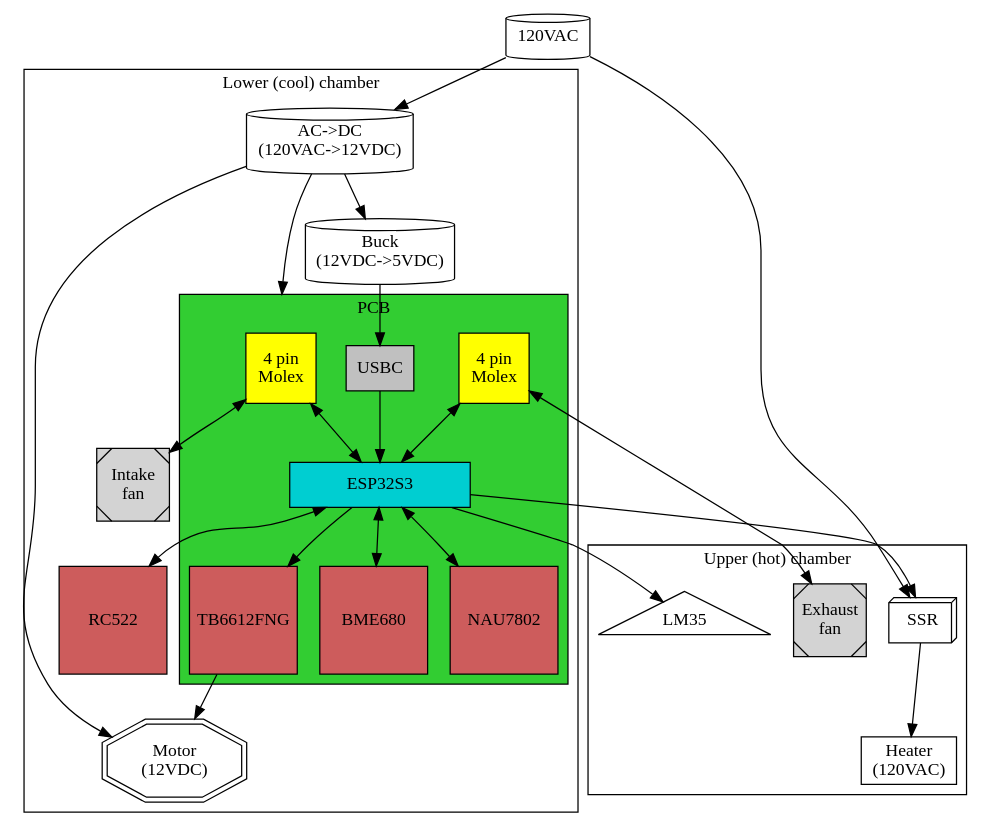
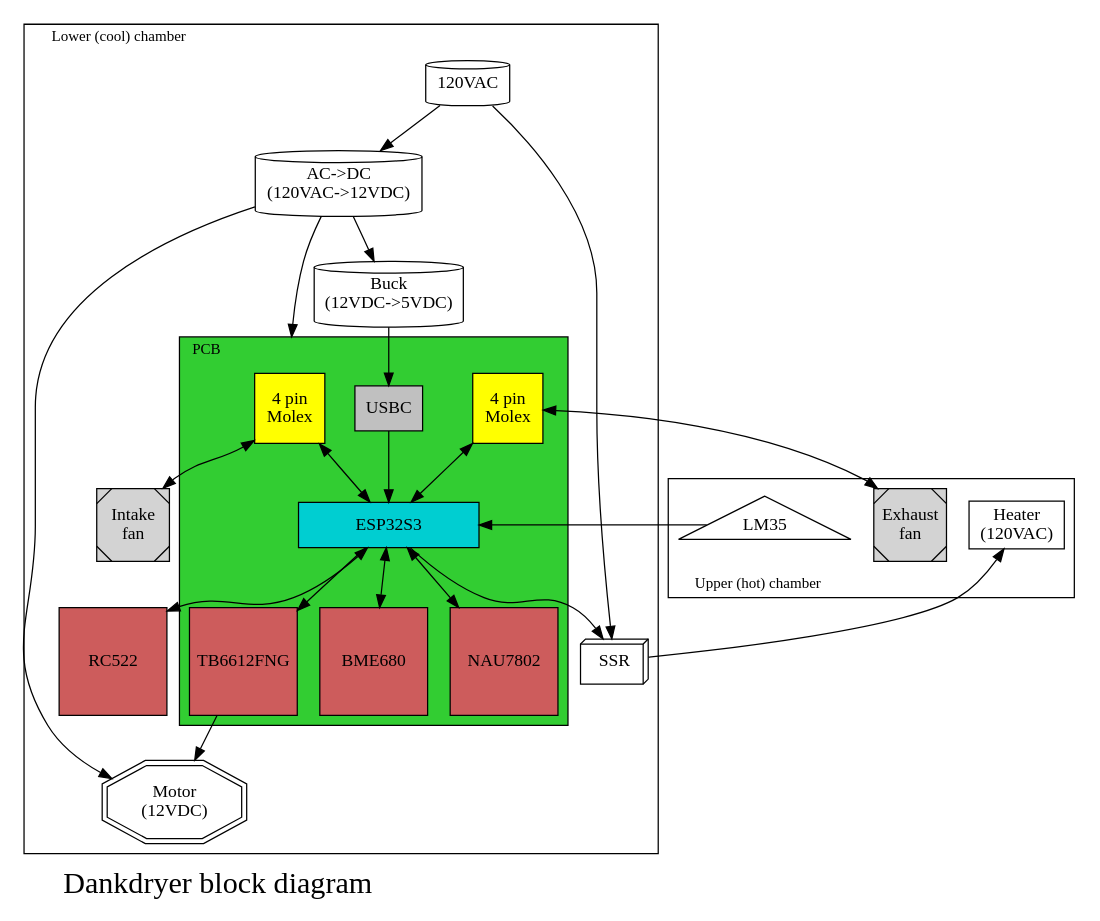
The diagram in blockdiagram.dot (dankamongmen/dankdryer), drawn with Graphviz before and after one commit.

Commit message:
beautify block diagram

```diff
--- a/blockdiagram.dot
+++ b/blockdiagram.dot
@@ -1,59 +1,66 @@
 digraph blockdiagram {
   compound=true; // for links between subgraphs
   node [ fontname="Gentium Book Plus" ]
+  label="Dankdryer block diagram"
+  fontsize=24
+  labeljust = l
 
   subgraph clusterLower {
+    fontsize=12
 
     subgraph clusterPCB {
       label = "PCB"
+      labelloc = t
       style = filled
       fillcolor = limegreen
       ESP32S3 [ shape=rectangle width=2 fixedsize=true fillcolor=darkturquoise style=filled ]
       Molex1  [ shape=square fillcolor=yellow style=filled label="4 pin\nMolex" ]
       Molex2  [ shape=square fillcolor=yellow style=filled label="4 pin\nMolex" ]
       TB6612FNG [ shape=square width=1.2 fillcolor=indianred style=filled fixedsize=true ]
       BME680 [ shape=square width=1.2 fillcolor=indianred style=filled fixedsize=true ]
       NAU7802 [ shape=square width=1.2 fillcolor=indianred style=filled fixedsize=true ]
       USBC [ shape=rectangle fillcolor=silver style=filled ]
       Molex1 -> ESP32S3 [ dir=both ]
       Molex2 -> ESP32S3 [ dir=both ]
       USBC -> ESP32S3
       ESP32S3 -> TB6612FNG
       ESP32S3 -> BME680 [ dir=both ]
       ESP32S3 -> NAU7802 [ dir=both ]
     }
 
     Motor [ shape=doubleoctagon label="Motor\n(12VDC)" ]
     Fan1 [ shape=Msquare width=0.8 label="Intake\nfan" bgcolor=black style=filled fixedsize=true ]
     TB6612FNG -> Motor
     label = "Lower (cool) chamber"
     RC522 [ shape=square fillcolor=indianred style=filled width=1.2 fixedsize=true ]
     ESP32S3 -> RC522 [ dir=both ]
     ACAdapter [ shape=cylinder label="AC->DC\n(120VAC->12VDC)" ]
     Buck [ shape=cylinder label="Buck\n(12VDC->5VDC)" ]
     ACAdapter -> Buck
     ACAdapter -> Motor
     ACAdapter -> Molex1 [ lhead=clusterPCB ]
+    AC [ shape=cylinder label="120VAC" ]
+    AC -> SSR
+    AC -> ACAdapter
     Buck -> USBC
+    SSR [ shape=box3d ]
+
   }
 
   subgraph clusterUpper {
+    fontsize=12
+    labelloc=b
 
     Heater [ shape=doublerectangle label="Heater\n(120VAC)" ]
-    SSR [ shape=box3d ]
     Fan2 [ shape=Msquare width=0.8 label="Exhaust\nfan" bgcolor=black style=filled fixedsize=true ]
     LM35 [ shape=triangle ]
     Molex1 -> Fan1 [ dir=both ]
     Molex2 -> Fan2 [ dir=both ]
     ESP32S3 -> SSR
     SSR -> Heater
-    ESP32S3 -> LM35
+    LM35 -> ESP32S3
     label = "Upper (hot) chamber"
 
   }
 
-  AC [ shape=cylinder label="120VAC" ]
-  AC -> SSR
-  AC -> ACAdapter
-
 }
```
